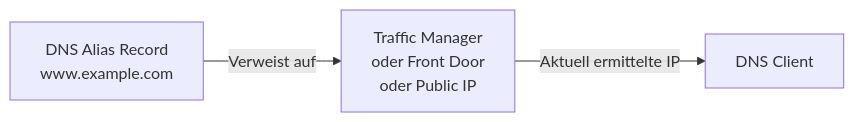
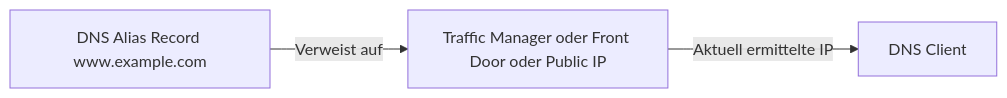
The third of 8 diagrams in Microsoft 365/Azure/Netzwerk/Azure DNS.md (SoniiiT/notes-n-docs), drawn with Mermaid before and after one commit. The commit also changed other lines of this file and 124 other files, not shown here.

First line of the commit message:
fix: Entferne \n aus allen Mermaid-Diagrammen (125 Dateien)

````diff
--- a/Microsoft 365/Azure/Netzwerk/Azure DNS.md
+++ b/Microsoft 365/Azure/Netzwerk/Azure DNS.md
@@ -119,5 +119,5 @@
 ```mermaid
 graph LR
-    DNS[DNS Alias Record\nwww.example.com] -->|Verweist auf| TRAFFIC[Traffic Manager\noder Front Door\noder Public IP]
+    DNS[DNS Alias Record www.example.com] -->|Verweist auf| TRAFFIC[Traffic Manager oder Front Door oder Public IP]
     TRAFFIC -->|Aktuell ermittelte IP| CLIENT[DNS Client]
 ```
````
